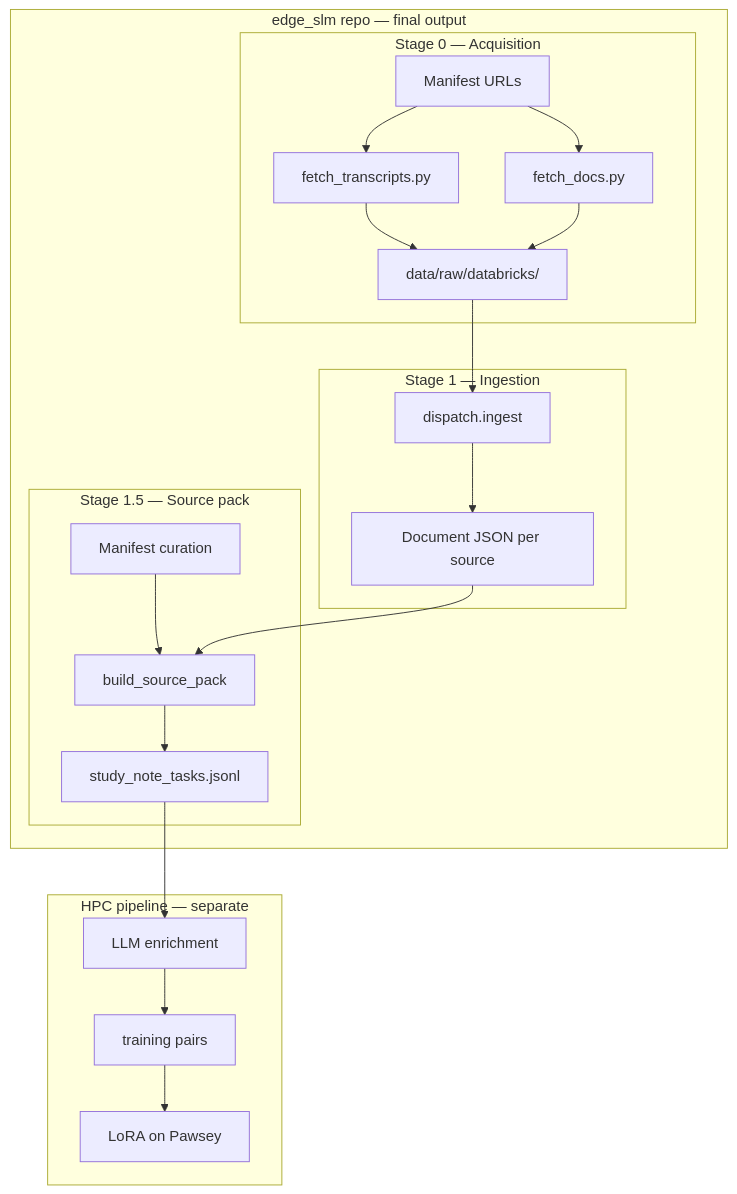
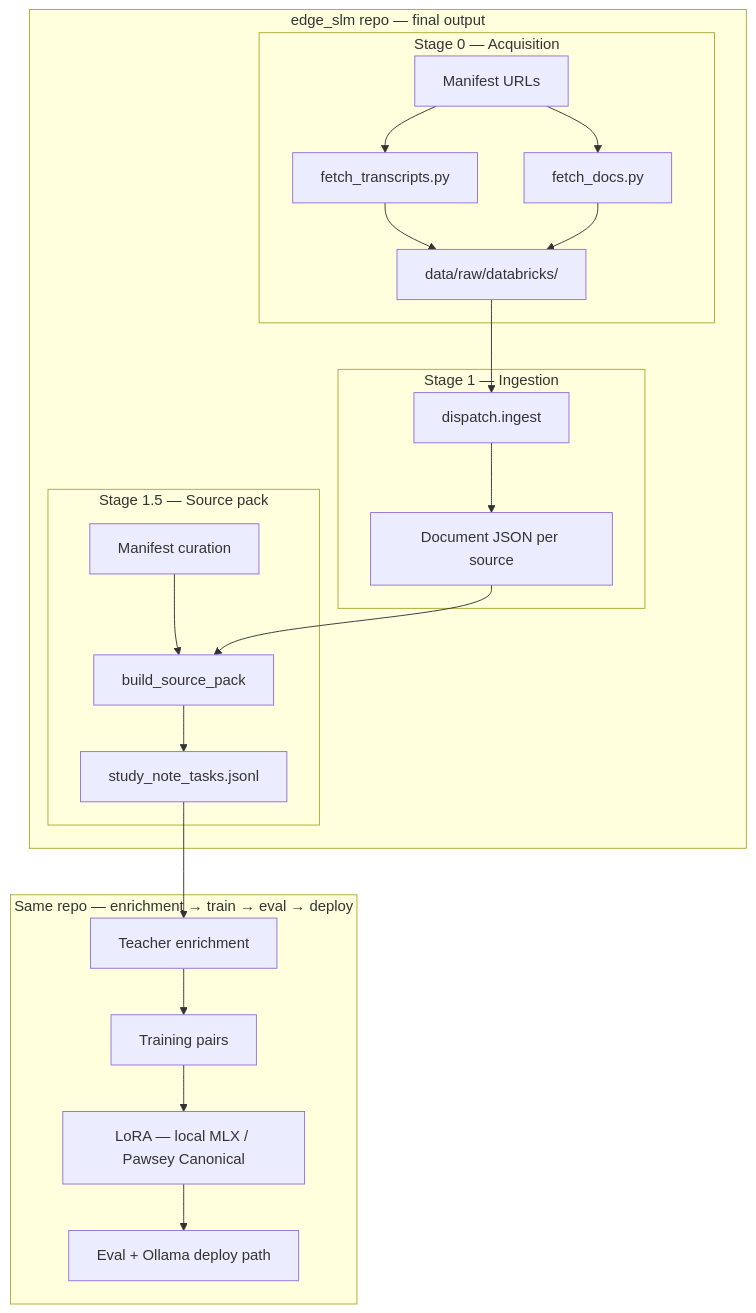
Before and after one commit to ksbtkv/edge-slm: the diagram in docs/client_presentation.md, drawn with Mermaid. The commit also changed other lines of this file and 6 other files, not shown here.

````diff
--- a/docs/client_presentation.md
+++ b/docs/client_presentation.md
@@ -29,26 +32,27 @@
 ```mermaid
 flowchart TD
     subgraph edge_slm [edge_slm repo — final output]
         subgraph stage0 [Stage 0 — Acquisition]
             M[Manifest URLs] --> F1[fetch_transcripts.py]
             M --> F2[fetch_docs.py]
             F1 --> RAW[data/raw/databricks/]
             F2 --> RAW
         end
         subgraph stage1 [Stage 1 — Ingestion]
             RAW --> ING[dispatch.ingest]
             ING --> DOC[Document JSON per source]
         end
         subgraph stage15 [Stage 1.5 — Source pack]
             MAN[Manifest curation] --> PACK[build_source_pack]
             DOC --> PACK
             PACK --> TASKS[study_note_tasks.jsonl]
         end
     end
 
-    subgraph hpc [HPC pipeline — separate]
-        TASKS --> GEN[LLM enrichment]
-        GEN --> PAIRS[training pairs]
-        PAIRS --> LORA[LoRA on Pawsey]
+    subgraph ft [Same repo — enrichment → train → eval → deploy]
+        TASKS --> GEN[Teacher enrichment]
+        GEN --> PAIRS[Training pairs]
+        PAIRS --> LORA[LoRA — local MLX / Pawsey Canonical]
+        LORA --> EVAL[Eval + Ollama deploy path]
     end
 ```
````
